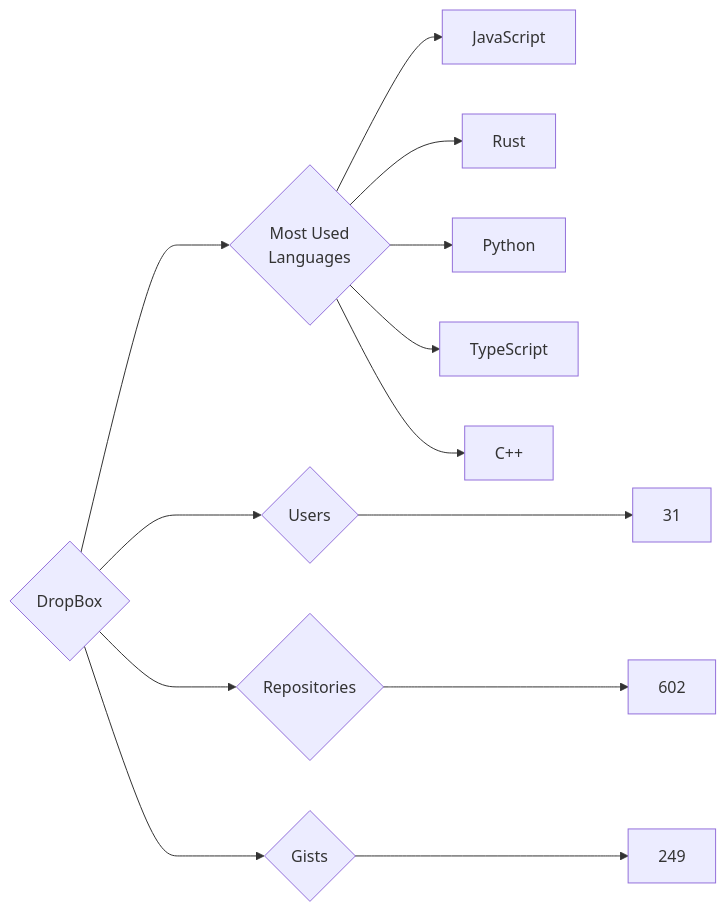
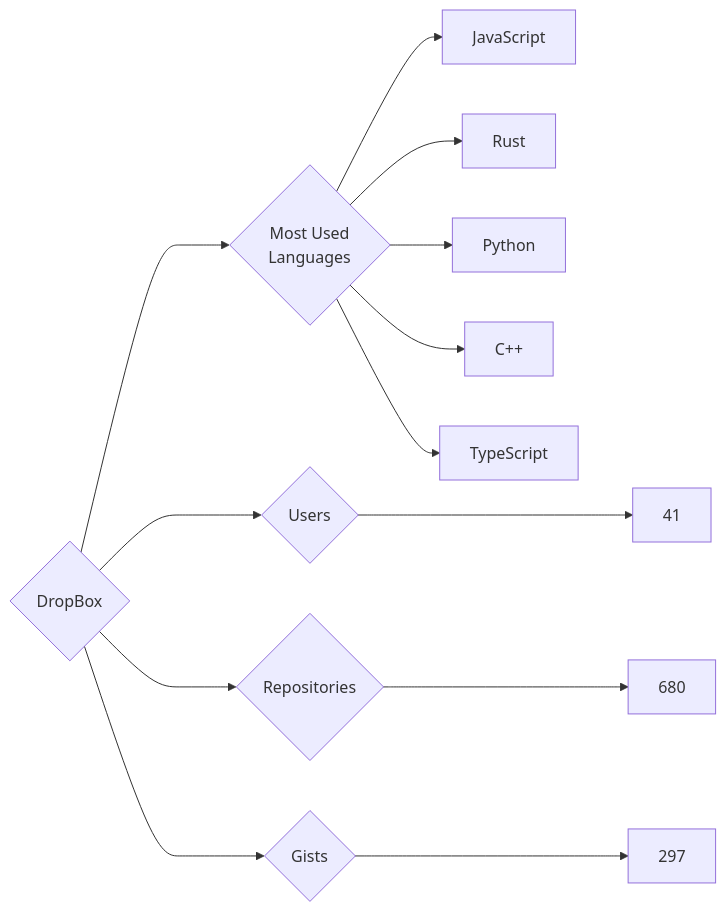
The diagram in targets/DropBox/README.md (trickest/insiders), drawn with Mermaid before and after one commit. The commit also changed 681 other files, not shown here.

````diff
--- a/targets/DropBox/README.md
+++ b/targets/DropBox/README.md
@@ -3,13 +3,13 @@
 ```mermaid
 graph LR
 COMPANY_NAME{DropBox}
-COMPANY_NAME ---> U{Users} ---> UN[31]
-COMPANY_NAME ---> R{Repositories} ---> RN[602]
-COMPANY_NAME ---> G{Gists} ---> GN[249]
+COMPANY_NAME ---> U{Users} ---> UN[41]
+COMPANY_NAME ---> R{Repositories} ---> RN[680]
+COMPANY_NAME ---> G{Gists} ---> GN[297]
 COMPANY_NAME ---> ML{Most Used<br>Languages}
 ML --> JavaScript[JavaScript]
 ML --> Rust[Rust]
 ML --> Python[Python]
+ML --> C++[C++]
 ML --> TypeScript[TypeScript]
-ML --> C++[C++]
 ```
````
